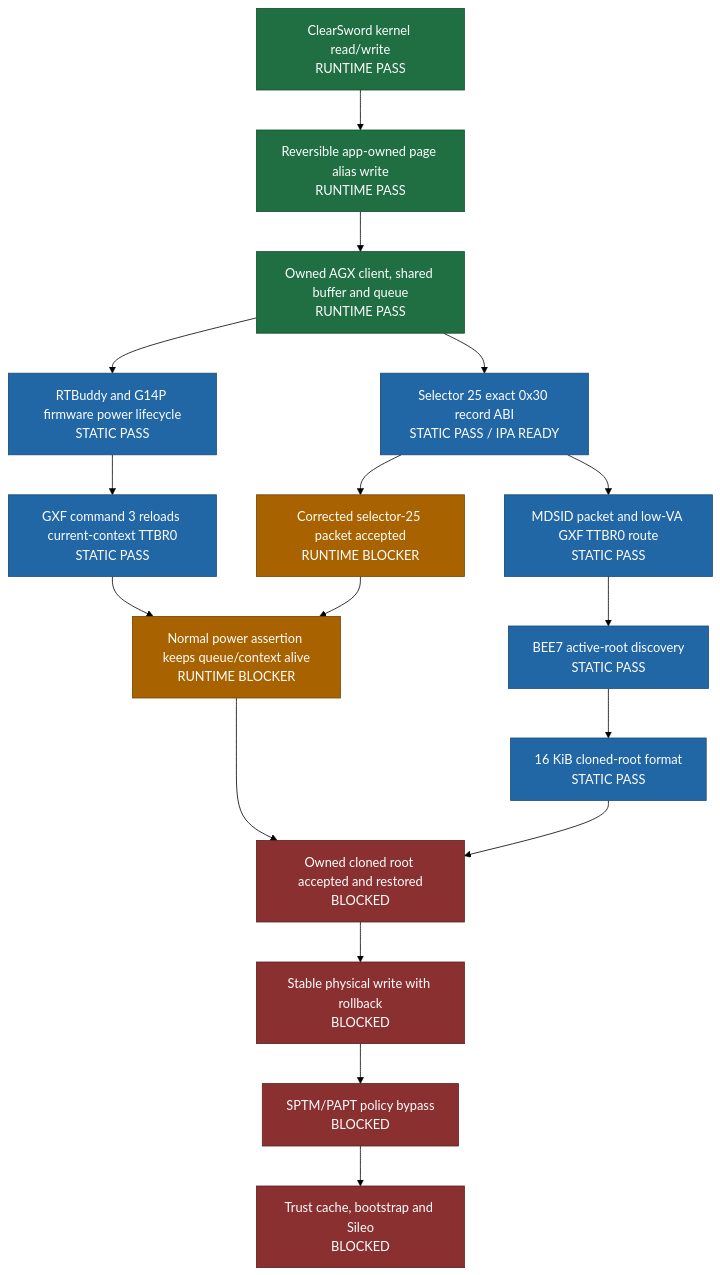
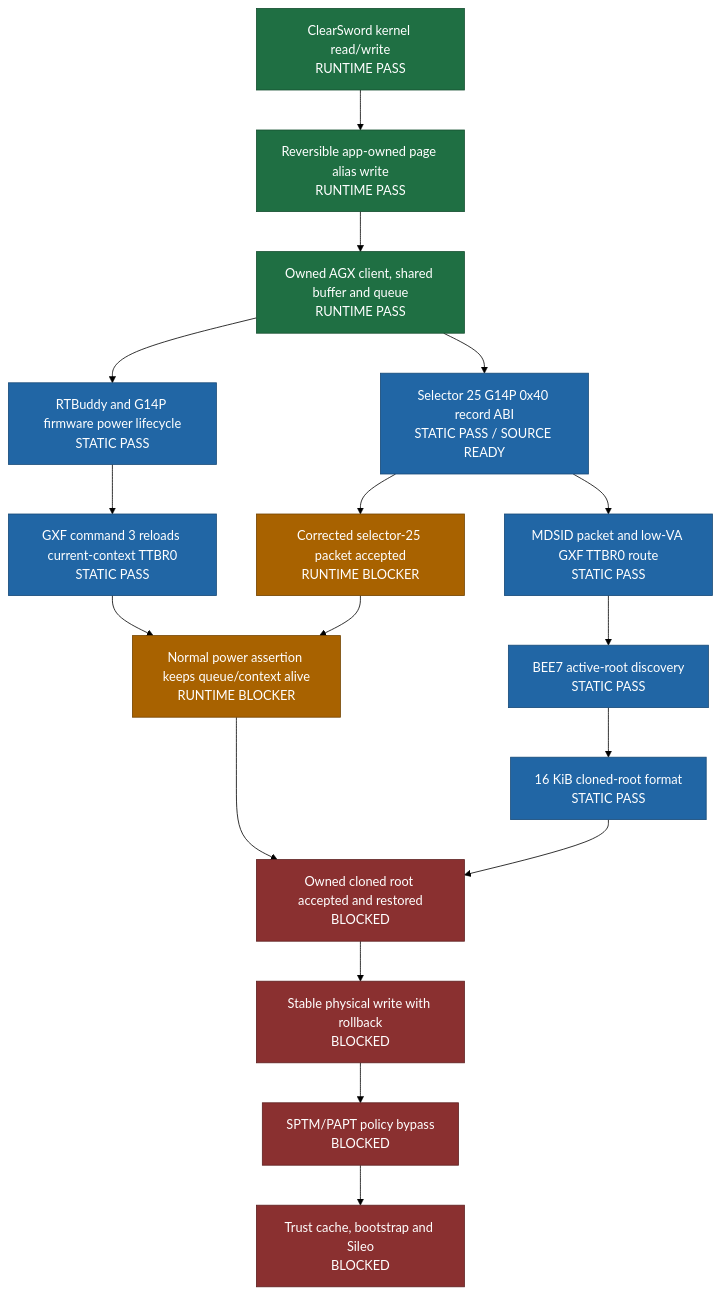
Before and after one commit to Philiphall6/Dopamine-private: the diagram in README.md, drawn with Mermaid (forest theme). The commit also changed other lines of this file and 15 other files, not shown here.

Commit message:
Correct G14P selector 25 record ABI

````diff
--- a/README.md
+++ b/README.md
@@ -22,33 +22,33 @@
 ```mermaid
 flowchart TD
     A[ClearSword kernel read/write<br/>RUNTIME PASS]
     B[Reversible app-owned page alias write<br/>RUNTIME PASS]
     C[Owned AGX client, shared buffer and queue<br/>RUNTIME PASS]
-    D[Selector 25 exact 0x30 record ABI<br/>STATIC PASS / IPA READY]
+    D[Selector 25 G14P 0x40 record ABI<br/>STATIC PASS / SOURCE READY]
     E[MDSID packet and low-VA GXF TTBR0 route<br/>STATIC PASS]
     F[BEE7 active-root discovery<br/>STATIC PASS]
     G[16 KiB cloned-root format<br/>STATIC PASS]
     H[RTBuddy and G14P firmware power lifecycle<br/>STATIC PASS]
     I[GXF command 3 reloads current-context TTBR0<br/>STATIC PASS]
     J[Corrected selector-25 packet accepted<br/>RUNTIME BLOCKER]
     K[Normal power assertion keeps queue/context alive<br/>RUNTIME BLOCKER]
     L[Owned cloned root accepted and restored<br/>BLOCKED]
     M[Stable physical write with rollback<br/>BLOCKED]
     N[SPTM/PAPT policy bypass<br/>BLOCKED]
     O[Trust cache, bootstrap and Sileo<br/>BLOCKED]
 
     A --> B --> C --> D --> J
     C --> H --> I --> K
     D --> E --> F --> G
     J --> K --> L --> M --> N --> O
     G --> L
 
     classDef runtime fill:#1f6f43,color:#fff,stroke:#164f31
     classDef static fill:#2166a5,color:#fff,stroke:#174a78
     classDef pending fill:#a86200,color:#fff,stroke:#744400
     classDef blocked fill:#8a3030,color:#fff,stroke:#5e2020
     class A,B,C runtime
     class D,E,F,G,H,I static
     class J,K pending
     class L,M,N,O blocked
 ```
````
